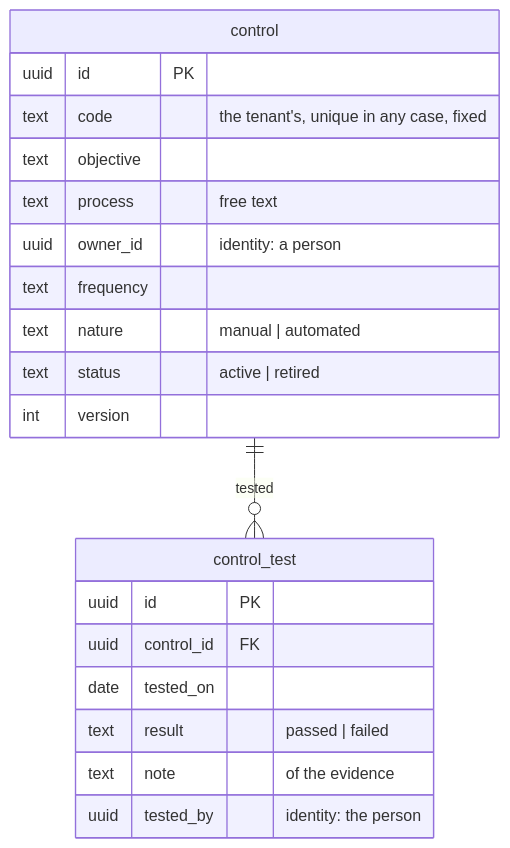
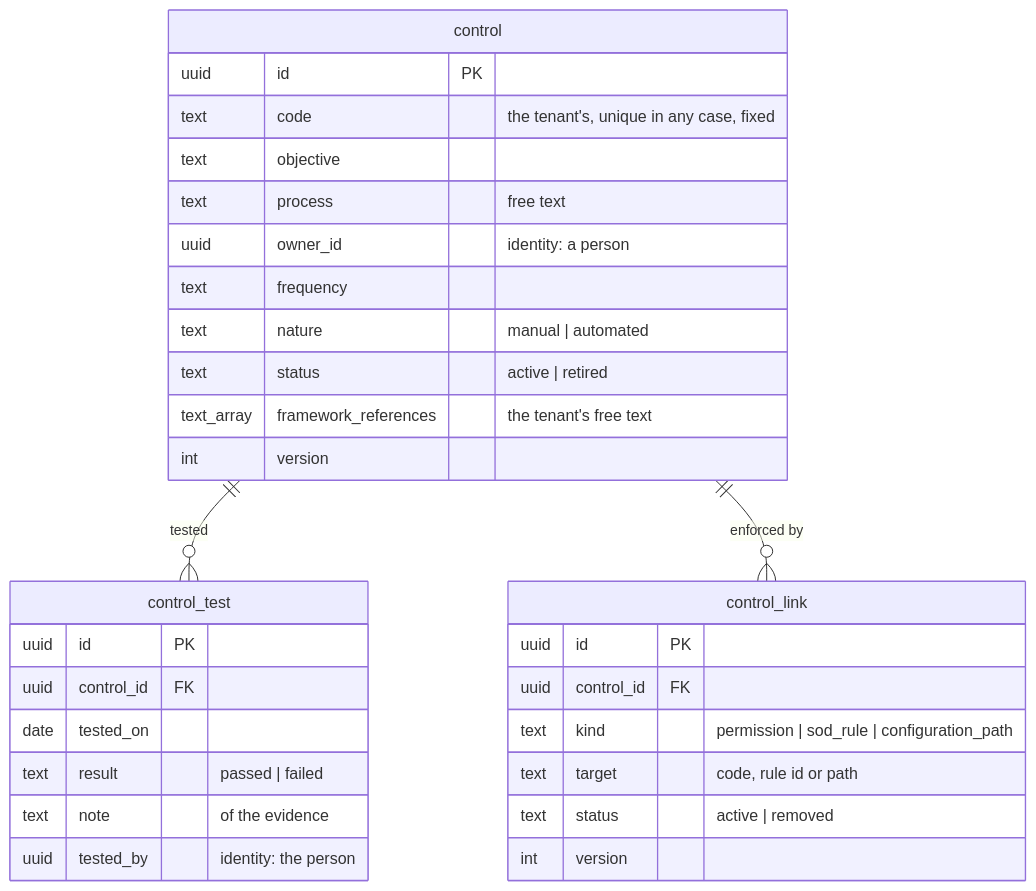
One commit to mustie7iy/agentic-erp changed diagram 18 of 18 in docs/design/03-data-model.md. Above: the diagram before and after it, drawn with Mermaid. The commit also changed other lines of this file and 45 other files, not shown here.

````diff
--- a/docs/design/03-data-model.md
+++ b/docs/design/03-data-model.md
@@ -4741,19 +4744,27 @@
 ```mermaid
 erDiagram
   control ||--o{ control_test : "tested"
+  control ||--o{ control_link : "enforced by"
   control { uuid id PK
     text code "the tenant's, unique in any case, fixed"
     text objective
     text process "free text"
     uuid owner_id "identity: a person"
     text frequency
     text nature "manual | automated"
     text status "active | retired"
+    text_array framework_references "the tenant's free text"
+    int version }
+  control_link { uuid id PK
+    uuid control_id FK
+    text kind "permission | sod_rule | configuration_path"
+    text target "code, rule id or path"
+    text status "active | removed"
     int version }
   control_test { uuid id PK
     uuid control_id FK
     date tested_on
     text result "passed | failed"
     text note "of the evidence"
     uuid tested_by "identity: the person" }
 ```
````
